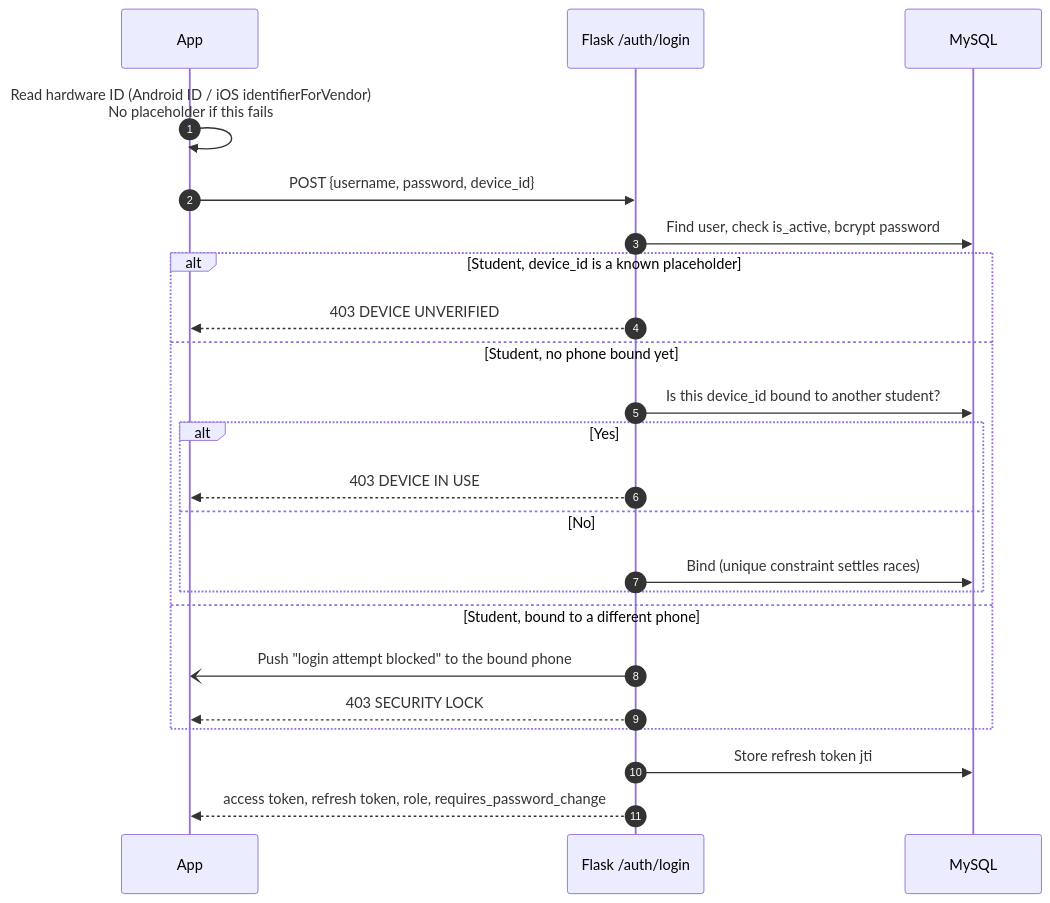
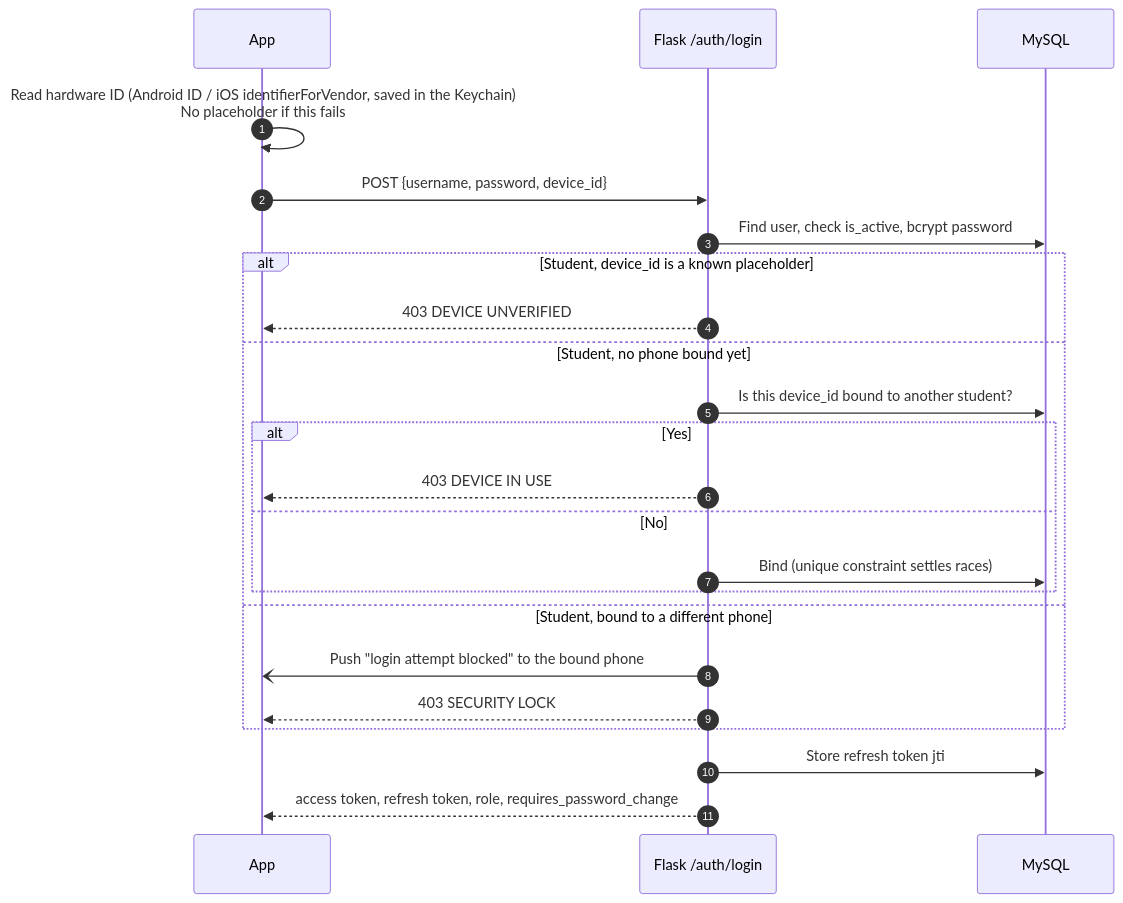
Before and after one commit to Afeez1234/4_idiots: the fifth of 6 diagrams in docs/ARCHITECTURE.md, drawn with Mermaid. The commit also changed 11 other files, not shown here.

````diff
--- a/docs/ARCHITECTURE.md
+++ b/docs/ARCHITECTURE.md
@@ -202,26 +202,26 @@
 ```mermaid
 sequenceDiagram
     autonumber
     participant A as App
     participant F as Flask /auth/login
     participant D as MySQL
 
-    A->>A: Read hardware ID (Android ID / iOS identifierForVendor)<br/>No placeholder if this fails
+    A->>A: Read hardware ID (Android ID / iOS identifierForVendor, saved in the Keychain)<br/>No placeholder if this fails
     A->>F: POST {username, password, device_id}
     F->>D: Find user, check is_active, bcrypt password
     alt Student, device_id is a known placeholder
         F-->>A: 403 DEVICE UNVERIFIED
     else Student, no phone bound yet
         F->>D: Is this device_id bound to another student?
         alt Yes
             F-->>A: 403 DEVICE IN USE
         else No
             F->>D: Bind (unique constraint settles races)
         end
     else Student, bound to a different phone
         F-)A: Push "login attempt blocked" to the bound phone
         F-->>A: 403 SECURITY LOCK
     end
     F->>D: Store refresh token jti
     F-->>A: access token, refresh token, role, requires_password_change
 ```
````
